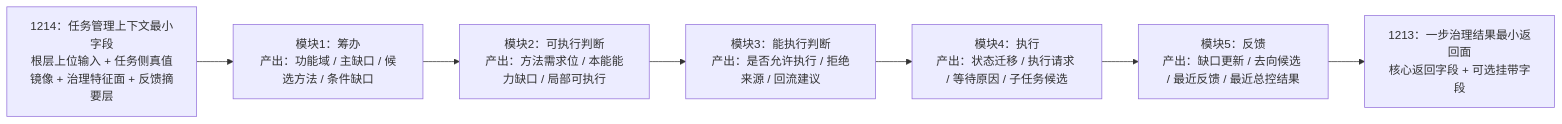
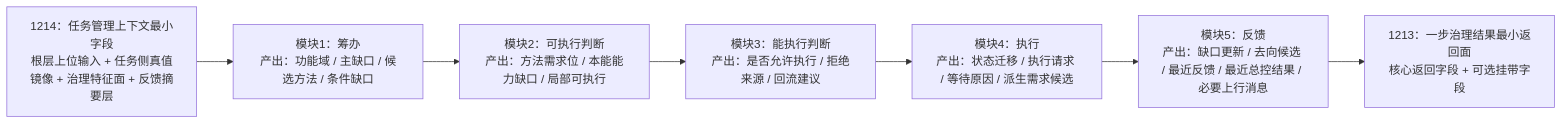
The seventh of 7 diagrams in 规范/1315_任务管理任务五模块流程规范.md (chunhaizh-cyber/Birthplace-of-digital-civilization), drawn with Mermaid before and after one commit. The commit also changed other lines of this file and 139 other files, not shown here.

````diff
--- a/规范/1315_任务管理任务五模块流程规范.md
+++ b/规范/1315_任务管理任务五模块流程规范.md
@@ -468,9 +615,9 @@
 ```mermaid
 flowchart LR
     A["1214：任务管理上下文最小字段<br/>根层上位输入 + 任务侧真值镜像 + 治理特征面 + 反馈摘要层"] --> B["模块1：筹办<br/>产出：功能域 / 主缺口 / 候选方法 / 条件缺口"]
     B --> C["模块2：可执行判断<br/>产出：方法需求位 / 本能能力缺口 / 局部可执行"]
     C --> D["模块3：能执行判断<br/>产出：是否允许执行 / 拒绝来源 / 回流建议"]
-    D --> E["模块4：执行<br/>产出：状态迁移 / 执行请求 / 等待原因 / 子任务候选"]
-    E --> F["模块5：反馈<br/>产出：缺口更新 / 去向候选 / 最近反馈 / 最近总控结果"]
+    D --> E["模块4：执行<br/>产出：状态迁移 / 执行请求 / 等待原因 / 派生需求候选"]
+    E --> F["模块5：反馈<br/>产出：缺口更新 / 去向候选 / 最近反馈 / 最近总控结果 / 必要上行消息"]
     F --> G["1213：一步治理结果最小返回面<br/>核心返回字段 + 可选挂带字段"]
 ```
````
